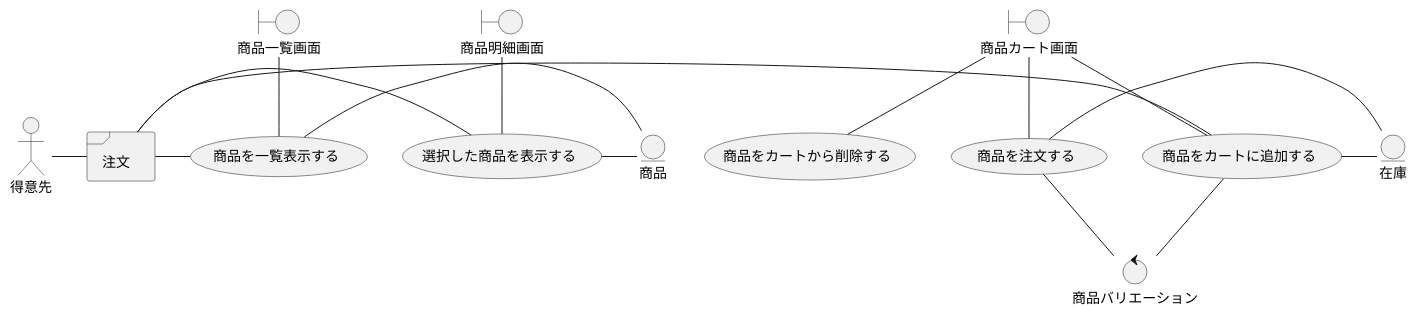
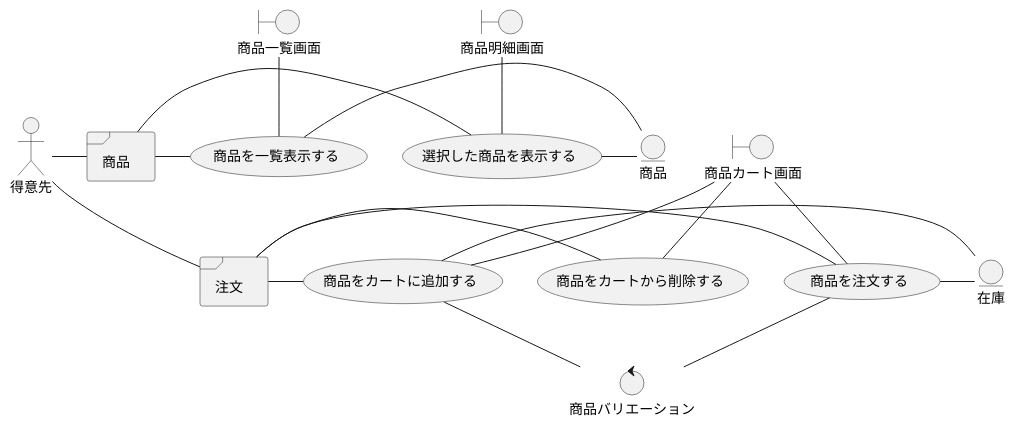
Diagram 23 of 49 in docs/index.adoc (k2works/application_programing_excercise_2022), drawn with PlantUML before and after one commit. The commit also changed other lines of this file, not shown here.

```diff
--- a/docs/index.adoc
+++ b/docs/index.adoc
@@ -773,33 +779,37 @@
 [plantuml]
 ----
 @startuml
 actor "得意先" as ac_01
-frame "注文" as f01
+frame "商品" as f01
+frame "注文" as f02
 usecase "商品を一覧表示する" as UC1
 usecase "選択した商品を表示する" as UC2
 usecase "商品をカートに追加する" as UC3
 usecase "商品を注文する" as UC4
 usecase "商品をカートから削除する" as UC5
 boundary "商品一覧画面" as b01
 boundary "商品明細画面" as b02
 boundary "商品カート画面" as b03
 entity "商品" as e01
 entity "在庫" as e02
 control "商品バリエーション" as c01
 
 ac_01 - f01
+ac_01 -- f02
 f01 - UC1
 f01 - UC2
-f01 - UC3
+f02 - UC3
+f02 - UC4
+f02 - UC5
 b01 -- UC1
 b02 -- UC2
 b03 -- UC3
 b03 -- UC4
 b03 -- UC5
 UC1 - e01
 UC2 - e01
 UC3 - e02
 UC4 - e02
 UC3 -- c01
 UC4 -- c01
 ----
```
